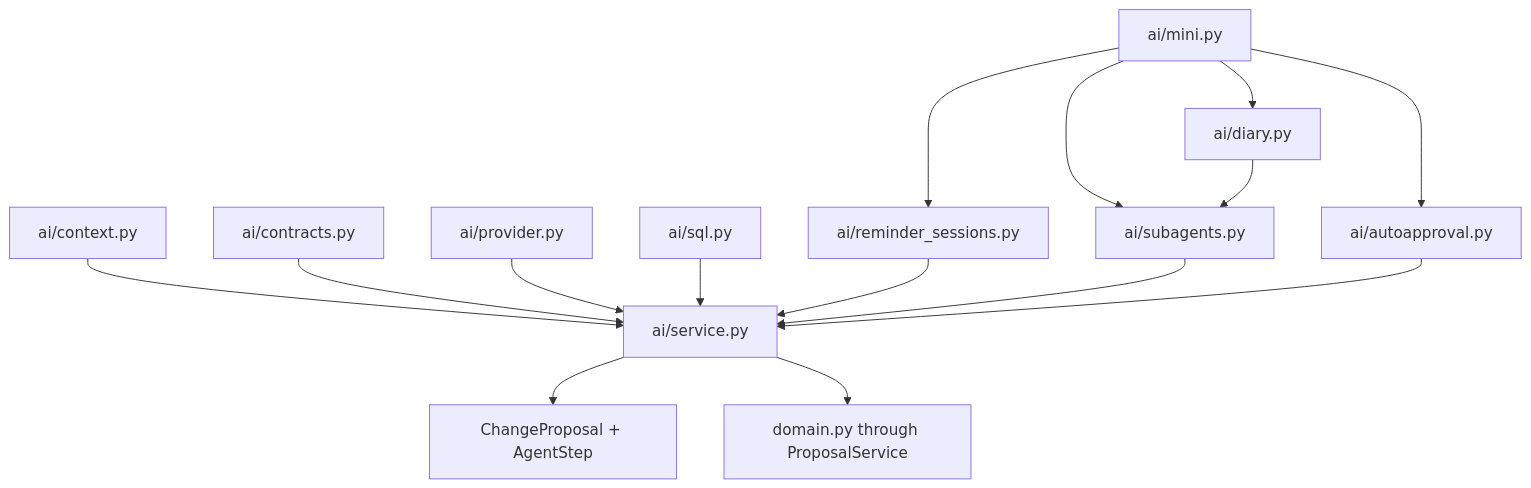
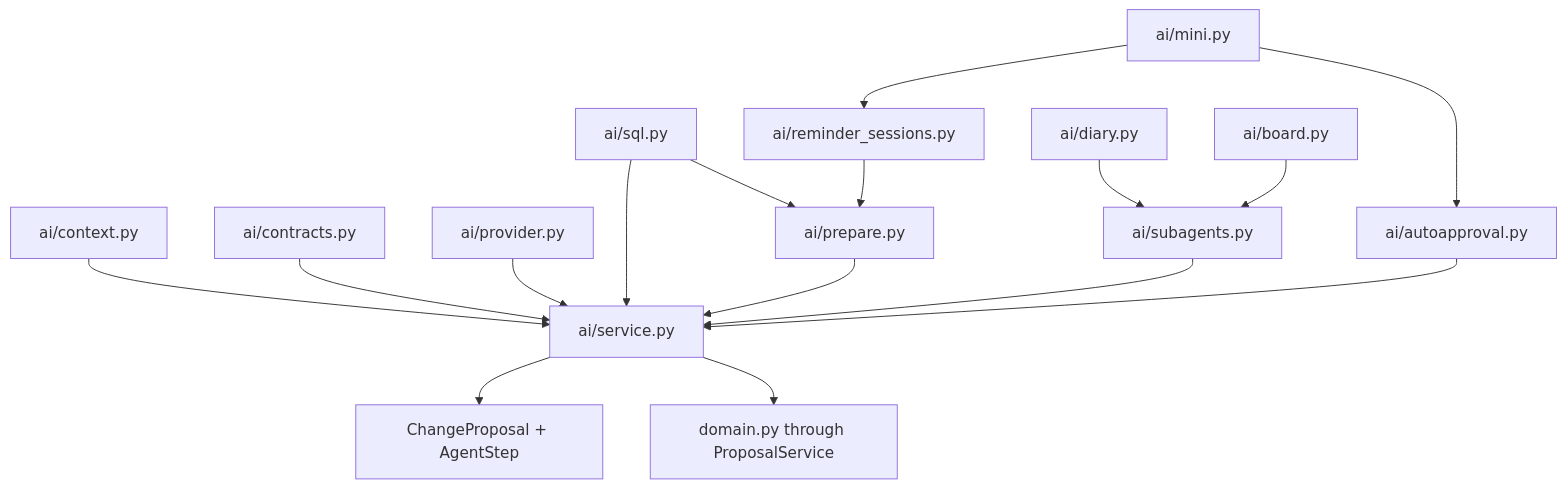
The fourth of 13 diagrams in docs/STRUCTURE_GRAPH.md (myvaheed/tg-ai-safwa), drawn with Mermaid before and after one commit. The commit also changed other lines of this file and 32 other files, not shown here.

Commit message:
v3.0 - subagents changed. Routing. Board subagent.

````diff
--- a/docs/STRUCTURE_GRAPH.md
+++ b/docs/STRUCTURE_GRAPH.md
@@ -148,17 +148,18 @@
 ```mermaid
 flowchart TD
     CTX["ai/context.py"] --> SERVICE["ai/service.py"]
     CONTRACTS["ai/contracts.py"] --> SERVICE
     PROVIDER["ai/provider.py"] --> SERVICE
     SQL["ai/sql.py"] --> SERVICE
+    PREPARE["ai/prepare.py"] --> SERVICE
+    SQL --> PREPARE
     MINI["ai/mini.py"] --> RS["ai/reminder_sessions.py"]
-    MINI --> DIARY["ai/diary.py"]
-    MINI --> SUB["ai/subagents.py"]
     MINI --> AUTO["ai/autoapproval.py"]
-    DIARY --> SUB
-    RS --> SERVICE
+    DIARY["ai/diary.py"] --> SUB["ai/subagents.py"]
+    BOARD["ai/board.py"] --> SUB
+    RS --> PREPARE
     SUB --> SERVICE
     AUTO --> SERVICE
     SERVICE --> PROPOSALS["ChangeProposal + AgentStep"]
     SERVICE --> DOMAIN["domain.py through ProposalService"]
 ```
````
